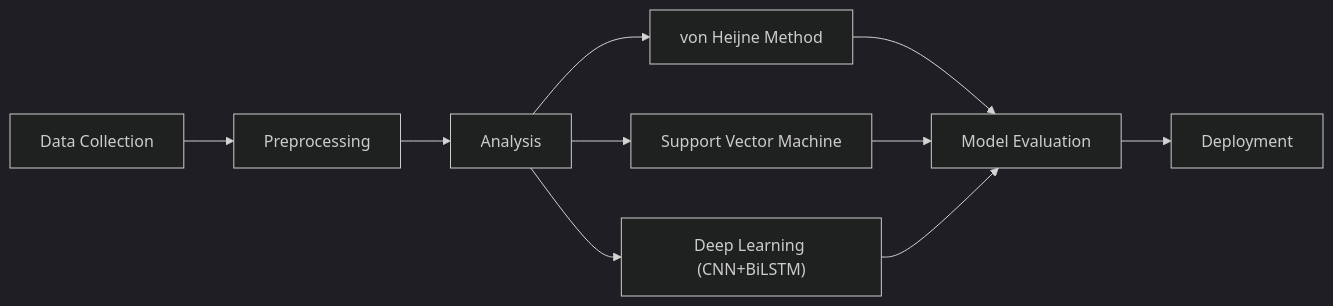
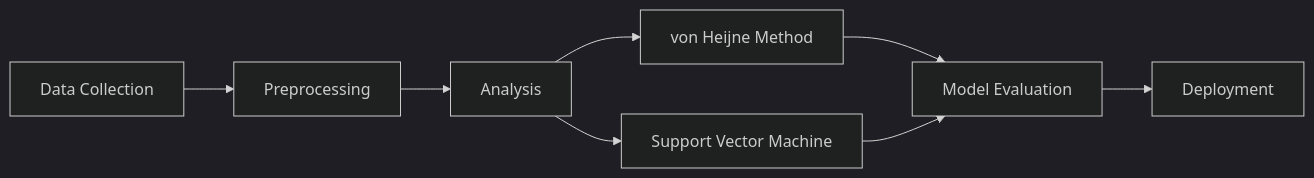
Before and after one commit to agamboa7/lab2-team10: the diagram in README.md, drawn with Mermaid (dark theme). The commit also changed other lines of this file, not shown here.

`````diff
--- a/README.md
+++ b/README.md
@@ -54,12 +52,10 @@
 ```mermaid
 graph LR
     A[" Data Collection"] --> B[" Preprocessing"]
     B --> C["Analysis"]
     C --> D["von Heijne Method"]
     C --> E["Support Vector Machine"]
-    C --> F["Deep Learning (CNN+BiLSTM)"]
     D --> G["Model Evaluation"]
     E --> G
-    F --> G
     G --> H["Deployment"]
 ````
`````
